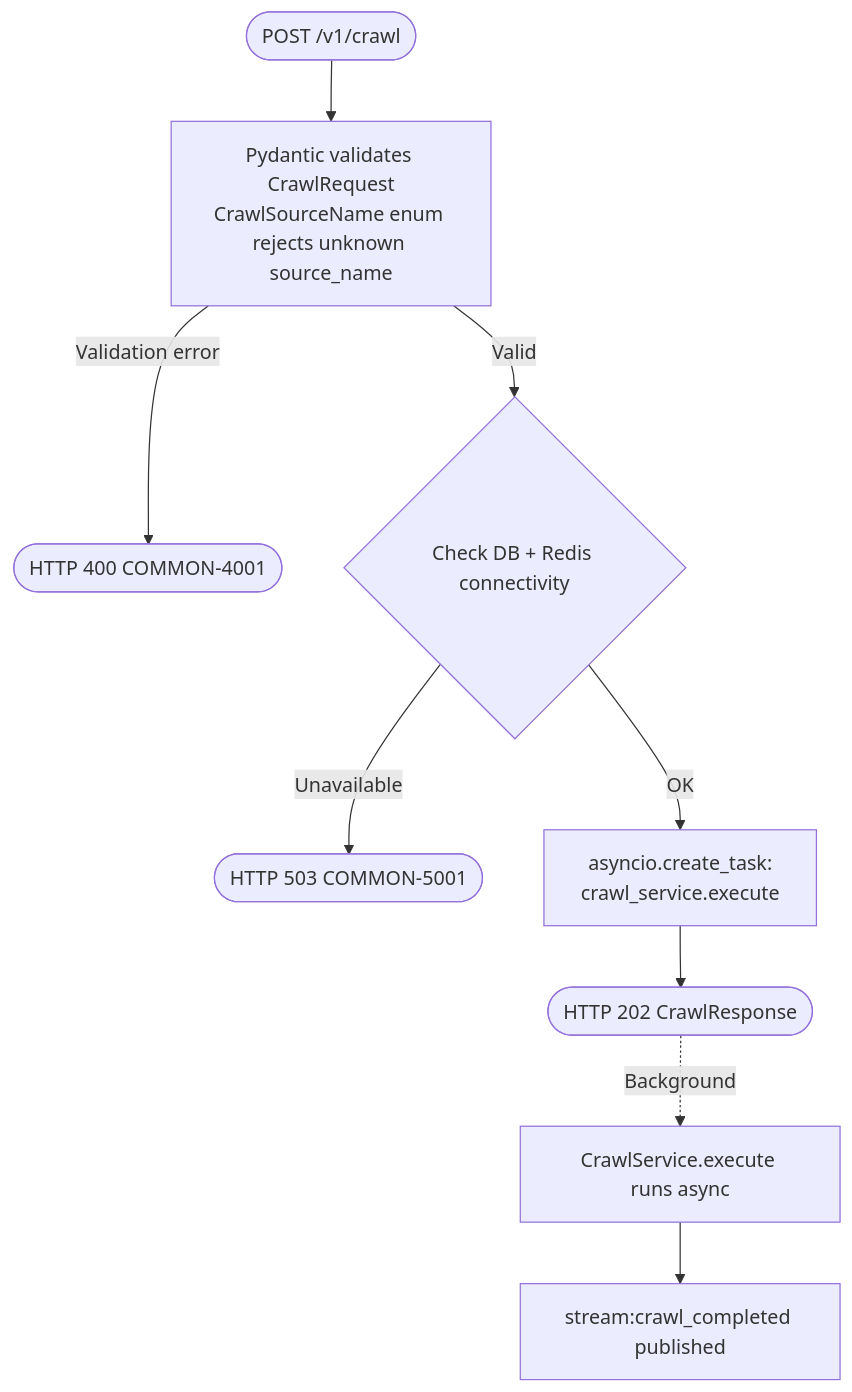
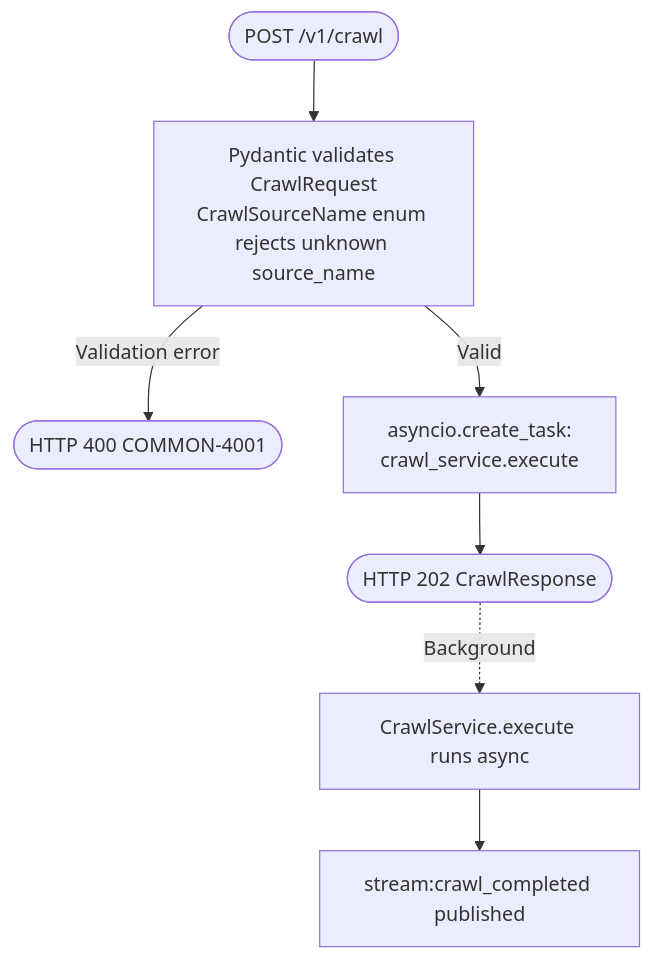
The first of 11 diagrams in stock-assistant-data-ingestion/docs/implementation.md (mars-xiaoyi/wealthfinder), drawn with Mermaid before and after one commit. The commit also changed other lines of this file and 44 other files, not shown here.

````diff
--- a/stock-assistant-data-ingestion/docs/implementation.md
+++ b/stock-assistant-data-ingestion/docs/implementation.md
@@ -676,11 +671,9 @@
 ```mermaid
 flowchart TD
     A([POST /v1/crawl]) --> B[Pydantic validates CrawlRequest\nCrawlSourceName enum rejects unknown source_name]
     B -->|Validation error| BE([HTTP 400 COMMON-4001])
-    B -->|Valid| C{Check DB + Redis connectivity}
-    C -->|Unavailable| CE([HTTP 503 COMMON-5001])
-    C -->|OK| F[asyncio.create_task:\ncrawl_service.execute]
+    B -->|Valid| F[asyncio.create_task:\ncrawl_service.execute]
     F --> G([HTTP 202 CrawlResponse])
     G -.->|Background| H[CrawlService.execute runs async]
     H --> I[stream:crawl_completed published]
 ```
````
